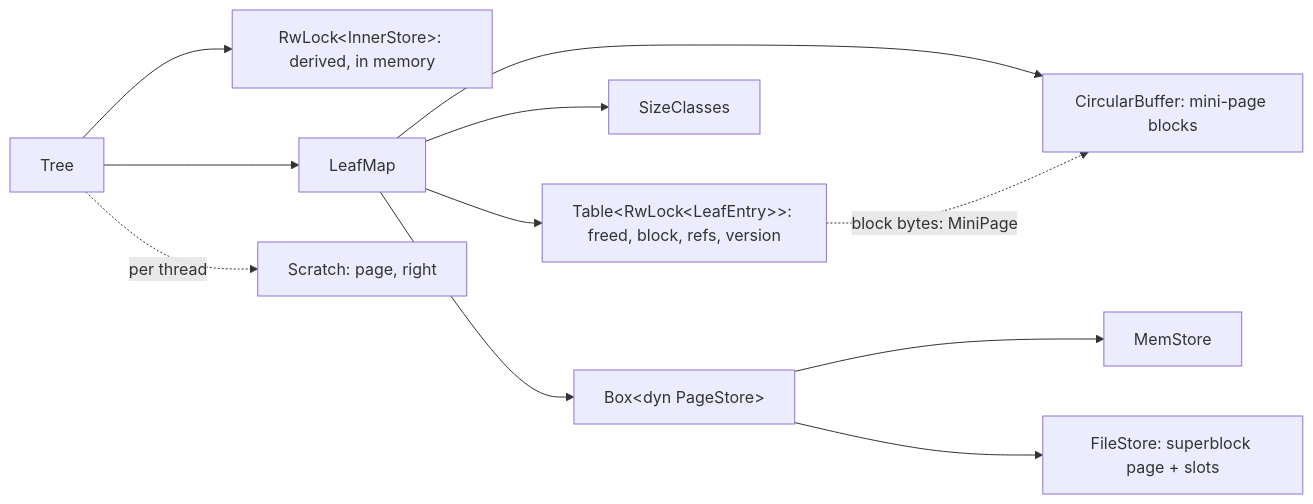
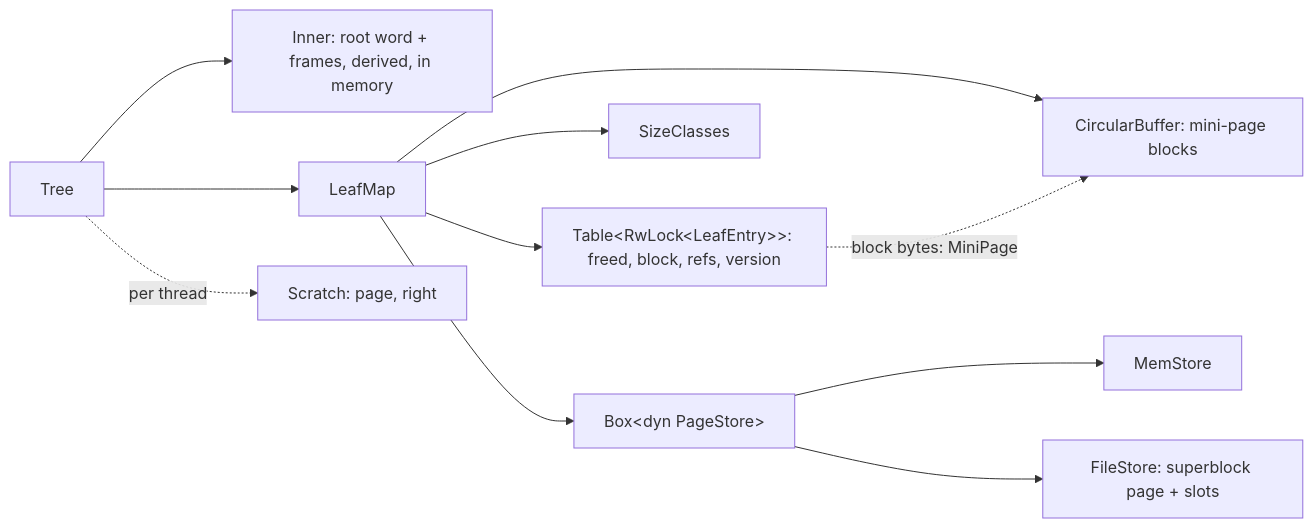
One commit to raydatray/peppydb changed the first of 2 diagrams in docs/design/bf-tree-leaf-store.md. Above: the diagram before and after it, drawn with Mermaid. The commit also changed other lines of this file and 7 other files, not shown here.

````diff
--- a/docs/design/bf-tree-leaf-store.md
+++ b/docs/design/bf-tree-leaf-store.md
@@ -18,13 +18,13 @@
 ```mermaid
 flowchart LR
-    Tree --> Inner["RwLock&lt;InnerStore&gt;: derived, in memory"]
+    Tree --> Inner["Inner: root word + frames, derived, in memory"]
     Tree --> Map["LeafMap"]
     Map --> E["Table&lt;RwLock&lt;LeafEntry&gt;&gt;: freed, block, refs, version"]
     Map --> CB["CircularBuffer: mini-page blocks"]
     Map --> C["SizeClasses"]
     Map --> PS["Box&lt;dyn PageStore&gt;"]
     E -. "block bytes: MiniPage" .-> CB
     PS --> Mem["MemStore"]
     PS --> File["FileStore: superblock page + slots"]
     Tree -. per thread .-> S["Scratch: page, right"]
 ```
````
